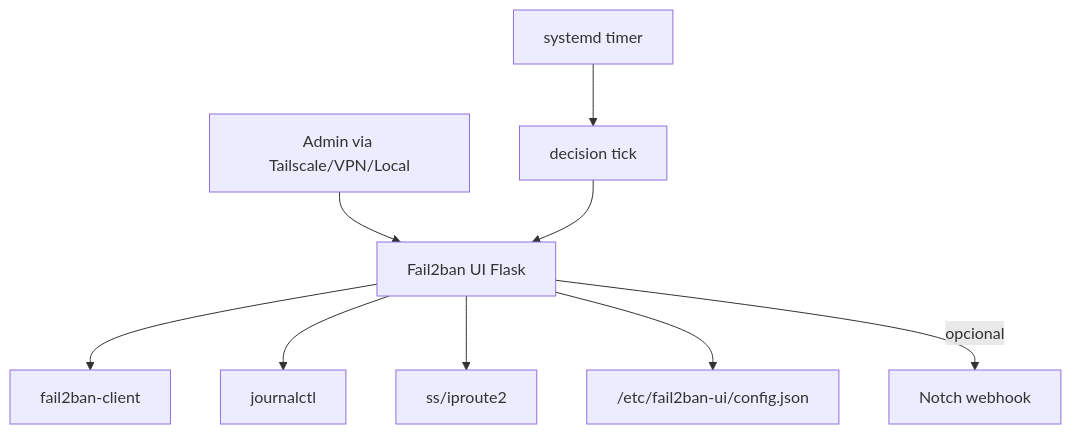
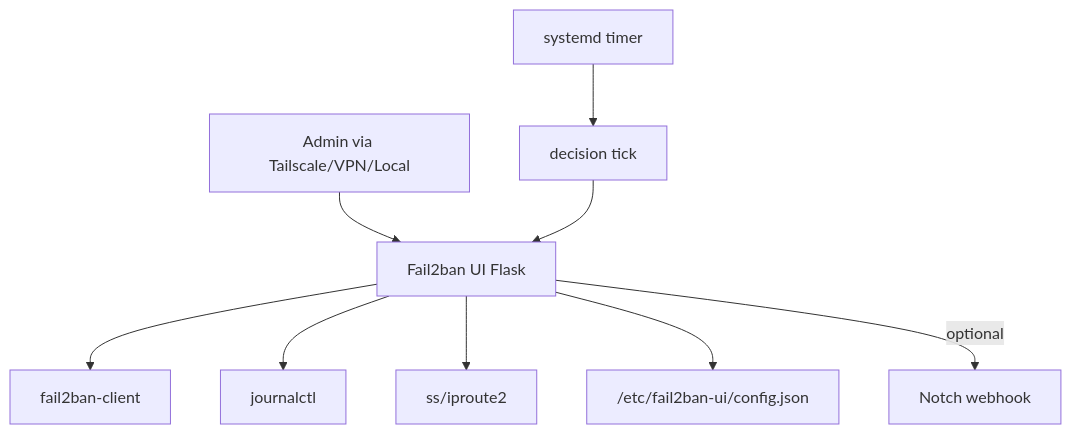
The first of 2 diagrams in README.md (jeturing/fail2ban-ui-NGX), drawn with Mermaid before and after one commit. The commit also changed other lines of this file and 1 other file, not shown here.

````diff
--- a/README.md
+++ b/README.md
@@ -59,11 +77,11 @@
 ```mermaid
 flowchart TD
   Admin[Admin via Tailscale/VPN/Local] --> UI[Fail2ban UI Flask]
   UI --> F2B[fail2ban-client]
   UI --> Journal[journalctl]
   UI --> SS[ss/iproute2]
   UI --> Config["/etc/fail2ban-ui/config.json"]
   Timer["systemd timer"] --> Tick["decision tick"]
   Tick --> UI
-  UI -->|opcional| Notch[Notch webhook]
+  UI -->|optional| Notch[Notch webhook]
 ```
````
